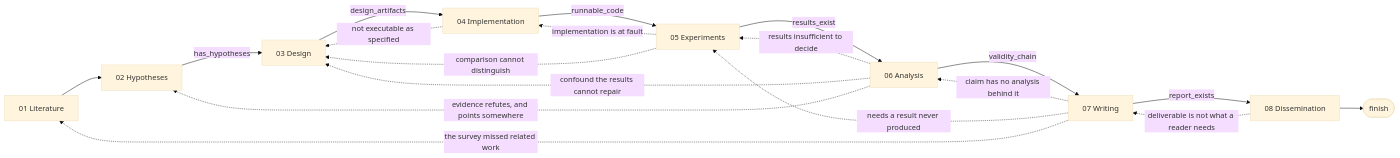
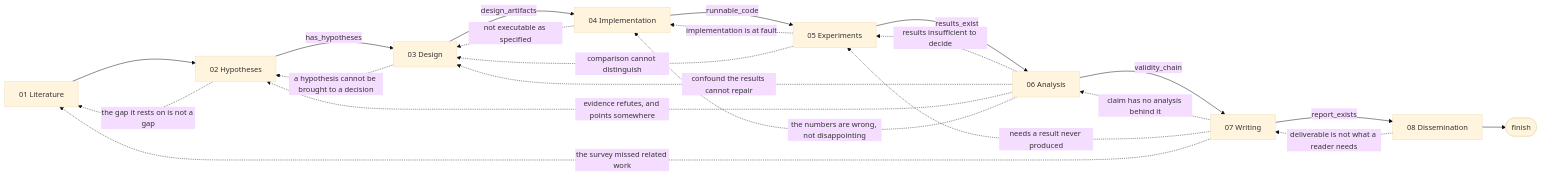
The first of 2 diagrams in README.md (tangxiangru/AutoR), drawn with Mermaid (base theme) before and after one commit. The commit also changed other lines of this file and 6 other files, not shown here.

````diff
--- a/README.md
+++ b/README.md
@@ -411,22 +423,25 @@
 ```mermaid
 flowchart LR
     S1[01 Literature] --> S2[02 Hypotheses]
     S2 -->|has_hypotheses| S3[03 Design]
     S3 -->|design_artifacts| S4[04 Implementation]
     S4 -->|runnable_code| S5[05 Experiments]
     S5 -->|results_exist| S6[06 Analysis]
     S6 -->|validity_chain| S7[07 Writing]
     S7 -->|report_exists| S8[08 Dissemination]
     S8 --> Z([finish])
 
+    S2 -.->|the gap it rests on is not a gap| S1
+    S3 -.->|a hypothesis cannot be brought to a decision| S2
     S4 -.->|not executable as specified| S3
     S5 -.->|implementation is at fault| S4
     S5 -.->|comparison cannot distinguish| S3
     S6 -.->|results insufficient to decide| S5
     S6 -.->|confound the results cannot repair| S3
     S6 -.->|evidence refutes, and points somewhere| S2
+    S6 -.->|the numbers are wrong, not disappointing| S4
     S7 -.->|claim has no analysis behind it| S6
     S7 -.->|needs a result never produced| S5
     S7 -.->|the survey missed related work| S1
     S8 -.->|deliverable is not what a reader needs| S7
 ```
````
